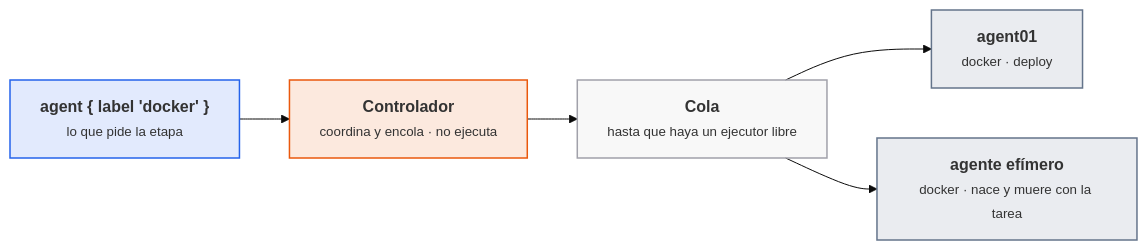
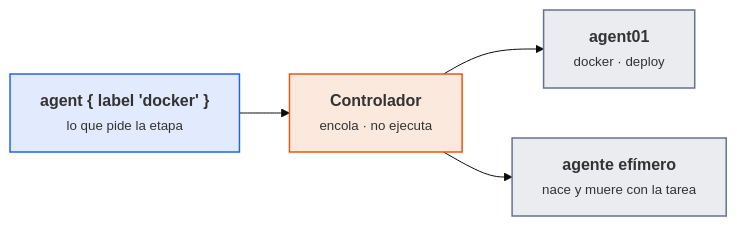
Before and after one commit to victor-educ/apuntes-5166: the fourth of 7 diagrams in docs/ut/ut6-ci.md, drawn with Mermaid (base theme). The commit also changed other lines of this file and 5 other files, not shown here.

````diff
--- a/docs/ut/ut6-ci.md
+++ b/docs/ut/ut6-ci.md
@@ -481,17 +541,13 @@
 ```mermaid
 flowchart LR
     ETAPA["<b>agent { label 'docker' }</b><br><small>lo que pide la etapa</small>"]:::dato
-    CTRL["<b>Controlador</b><br><small>coordina y encola · no ejecuta</small>"]:::act
-    COLA["<b>Cola</b><br><small>hasta que haya un ejecutor libre</small>"]:::infra
+    CTRL["<b>Controlador</b><br><small>encola · no ejecuta</small>"]:::act
     A1["<b>agent01</b><br><small>docker · deploy</small>"]:::pieza
-    A2["<b>agente efímero</b><br><small>docker · nace y muere con la tarea</small>"]:::pieza
-    ETAPA --> CTRL --> COLA
-    COLA --> A1
-    COLA --> A2
+    A2["<b>agente efímero</b><br><small>nace y muere con la tarea</small>"]:::pieza
+    ETAPA --> CTRL
+    CTRL --> A1
+    CTRL --> A2
     classDef act fill:#ea580c22,stroke:#ea580c,stroke-width:1.5px
     classDef pieza fill:#64748b22,stroke:#64748b,stroke-width:1.5px
     classDef dato fill:#2563eb22,stroke:#2563eb,stroke-width:1.5px
-    classDef infra fill:#a1a1aa14,stroke:#a1a1aa,stroke-width:1.5px
-    classDef ok fill:#16a34a22,stroke:#16a34a,stroke-width:1.5px
-    classDef riesgo fill:#dc262622,stroke:#dc2626,stroke-width:1.5px
 ```
````
